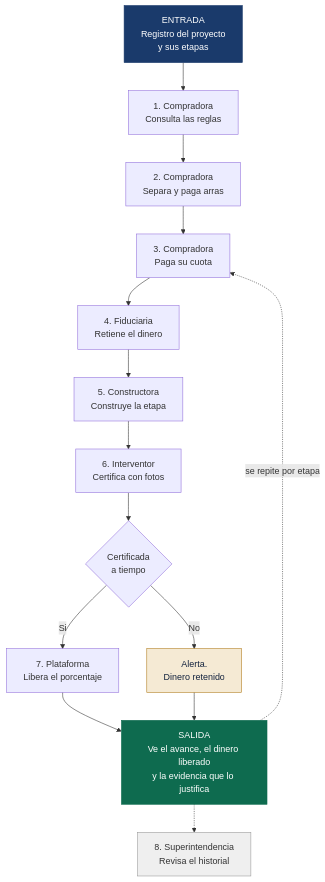
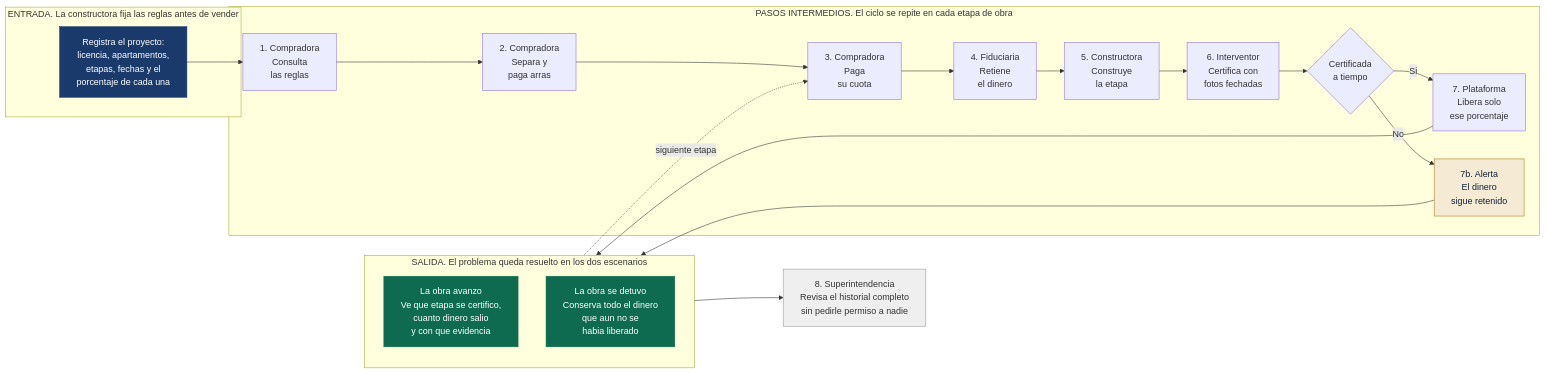
Before and after one commit to ViviendaStellar/Proyecto_Vivienda_Stellar: the diagram in docs/Semana2/ProductBlueprint.md, drawn with Mermaid. The commit also changed other lines of this file, not shown here.

Commit message:
docs: Rediseniar el diagrama del flujo en horizontal y por fases
El diagrama no dejaba ver la cohesion del recorrido. Ahora agrupa los
pasos en tres bloques, entrada, pasos intermedios y salida, de modo que
se lea de izquierda a derecha como una sola secuencia.

La salida pasa a mostrar los dos escenarios posibles y como cada uno
resuelve el problema: si la obra avanza, la compradora ve que etapa se
certifico y con que evidencia salio su dinero; si la obra se detiene,
conserva todo lo que aun no se habia liberado.

La prosa explica ademas como se encadenan los roles, que ninguno puede
saltarse al anterior, que es lo que garantiza que el dinero no se mueva
sin obra verificada.

````diff
--- a/docs/Semana2/ProductBlueprint.md
+++ b/docs/Semana2/ProductBlueprint.md
@@ -54,21 +54,39 @@
 ```mermaid
-flowchart TD
-    E["ENTRADA<br/>Registro del proyecto<br/>y sus etapas"] --> P1["1. Compradora<br/>Consulta las reglas"]
-    P1 --> P2["2. Compradora<br/>Separa y paga arras"]
-    P2 --> P3["3. Compradora<br/>Paga su cuota"]
-    P3 --> P4["4. Fiduciaria<br/>Retiene el dinero"]
-    P4 --> P5["5. Constructora<br/>Construye la etapa"]
-    P5 --> P6["6. Interventor<br/>Certifica con fotos"]
-    P6 --> D{"Certificada<br/>a tiempo"}
-    D -->|Si| P7["7. Plataforma<br/>Libera el porcentaje"]
-    D -->|No| AL["Alerta.<br/>Dinero retenido"]
-    P7 --> S["SALIDA<br/>Ve el avance, el dinero liberado<br/>y la evidencia que lo justifica"]
-    AL --> S
-    S -.se repite por etapa.-> P3
-    S -.-> SIC["8. Superintendencia<br/>Revisa el historial"]
+flowchart LR
+    subgraph ENT["ENTRADA. La constructora fija las reglas antes de vender"]
+        E["Registra el proyecto:<br/>licencia, apartamentos,<br/>etapas, fechas y el<br/>porcentaje de cada una"]
+    end
+
+    subgraph CIC["PASOS INTERMEDIOS. El ciclo se repite en cada etapa de obra"]
+        P1["1. Compradora<br/>Consulta<br/>las reglas"]
+        P2["2. Compradora<br/>Separa y<br/>paga arras"]
+        P3["3. Compradora<br/>Paga<br/>su cuota"]
+        P4["4. Fiduciaria<br/>Retiene<br/>el dinero"]
+        P5["5. Constructora<br/>Construye<br/>la etapa"]
+        P6["6. Interventor<br/>Certifica con<br/>fotos fechadas"]
+        D{"Certificada<br/>a tiempo"}
+        P7["7. Plataforma<br/>Libera solo<br/>ese porcentaje"]
+        AL["7b. Alerta<br/>El dinero<br/>sigue retenido"]
+        P1 --> P2 --> P3 --> P4 --> P5 --> P6 --> D
+        D -->|Si| P7
+        D -->|No| AL
+    end
+
+    subgraph SAL["SALIDA. El problema queda resuelto en los dos escenarios"]
+        direction TB
+        S1["La obra avanzo<br/>Ve que etapa se certifico,<br/>cuanto dinero salio<br/>y con que evidencia"]
+        S2["La obra se detuvo<br/>Conserva todo el dinero<br/>que aun no se<br/>habia liberado"]
+    end
+
+    E --> P1
+    P7 --> S1
+    AL --> S2
+    S1 -.siguiente etapa.-> P3
+    S1 --> SIC["8. Superintendencia<br/>Revisa el historial completo<br/>sin pedirle permiso a nadie"]
 
     style E fill:#1A3A6B,color:#fff,stroke:#1A3A6B
-    style S fill:#0E6B4F,color:#fff,stroke:#0E6B4F
+    style S1 fill:#0E6B4F,color:#fff,stroke:#0E6B4F
+    style S2 fill:#0E6B4F,color:#fff,stroke:#0E6B4F
     style AL fill:#F5EAD4,color:#12223D,stroke:#B07A1A
     style SIC fill:#EFEFEF,color:#333,stroke:#999
 ```
````
